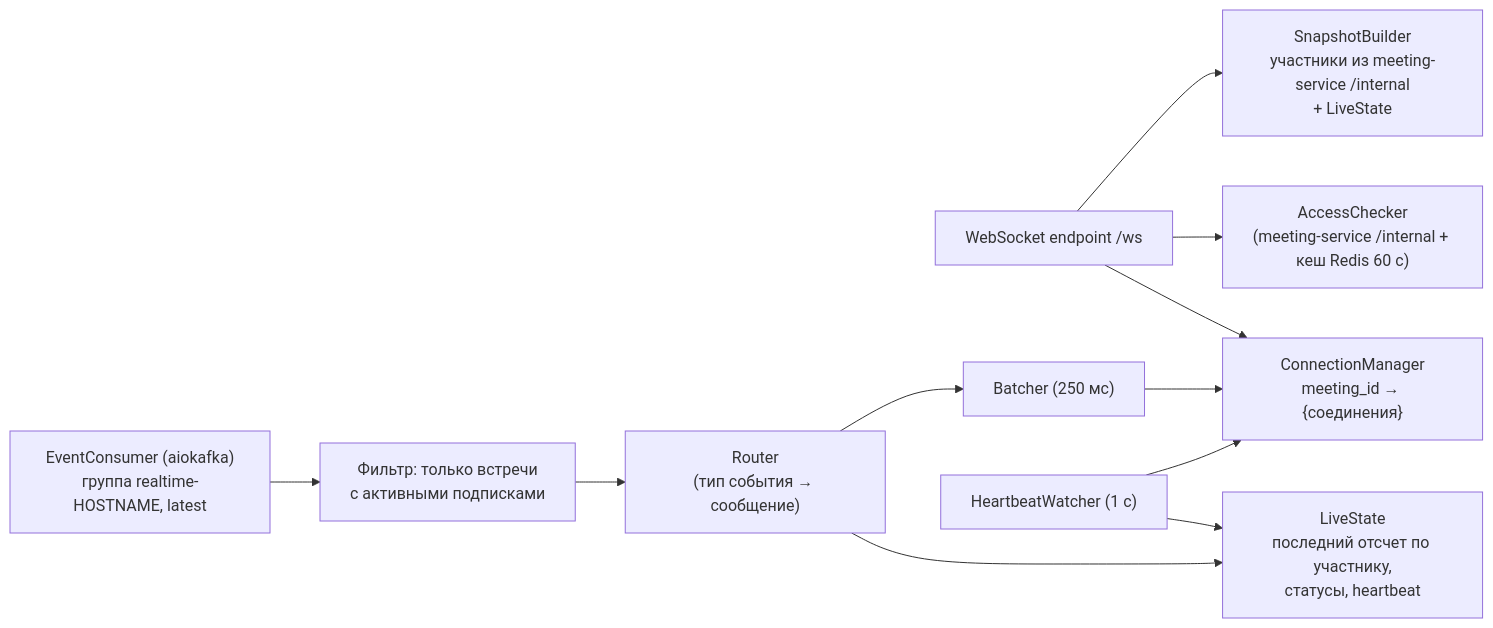
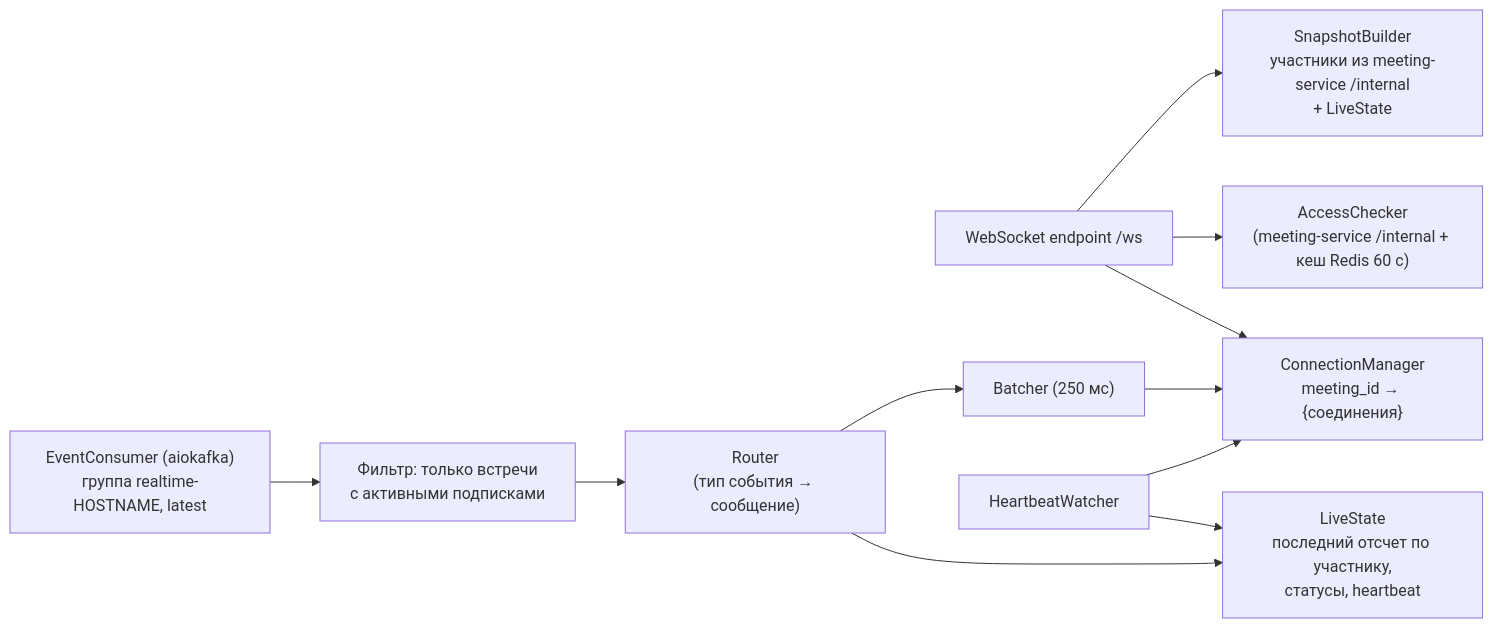
Before and after one commit to lae001/ReactiVKS: the diagram in docs/backend/realtime-service.md, drawn with Mermaid. The commit also changed other lines of this file and 40 other files, not shown here.

````diff
--- a/docs/backend/realtime-service.md
+++ b/docs/backend/realtime-service.md
@@ -20,13 +20,13 @@
 ```mermaid
 flowchart LR
     WS["WebSocket endpoint /ws"] --> CM["ConnectionManager<br/>meeting_id → {соединения}"]
     WS --> AZ["AccessChecker<br/>(meeting-service /internal + кеш Redis 60 с)"]
     WS --> SN["SnapshotBuilder<br/>участники из meeting-service /internal<br/>+ LiveState"]
     KC["EventConsumer (aiokafka)<br/>группа realtime-HOSTNAME, latest"] --> F["Фильтр: только встречи<br/>с активными подписками"]
     F --> RTR["Router<br/>(тип события → сообщение)"]
     RTR --> ST["LiveState<br/>последний отсчет по участнику,<br/>статусы, heartbeat"]
     RTR --> BT["Batcher (250 мс)"]
     BT --> CM
-    HB["HeartbeatWatcher (1 с)"] --> ST
+    HB["HeartbeatWatcher"] --> ST
     HB --> CM
 ```
````
